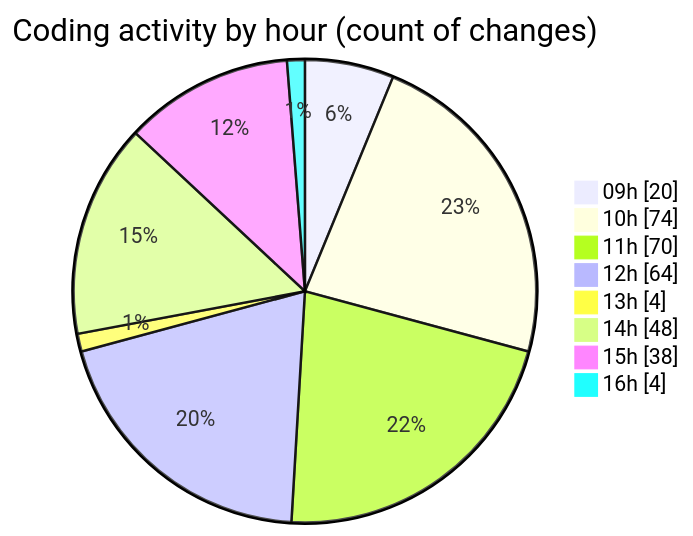
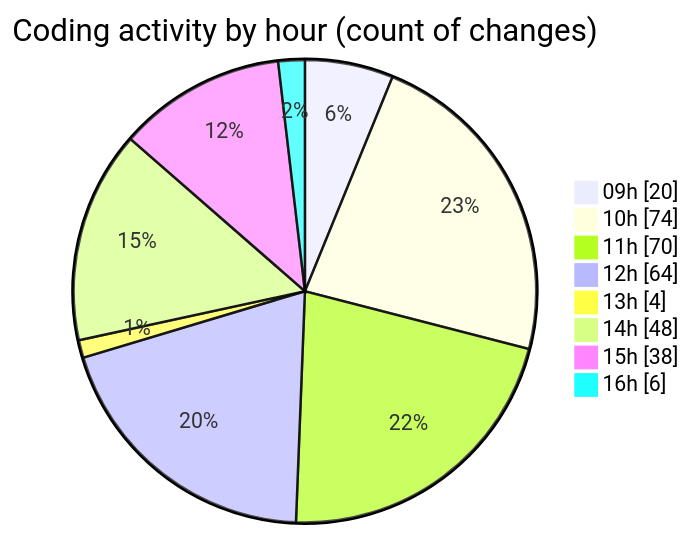
The second of 2 diagrams in 2025-06-06/ecodeli-1/README.md (CELIANVF/code-tracking), drawn with Mermaid before and after one commit. The commit also changed other lines of this file and 1 other file, not shown here.

````diff
--- a/2025-06-06/ecodeli-1/README.md
+++ b/2025-06-06/ecodeli-1/README.md
@@ -112,12 +112,12 @@
 ```mermaid
 pie showData
 title Coding activity by hour (count of changes)
 "09h" : 20
 "10h" : 74
 "11h" : 70
 "12h" : 64
 "13h" : 4
 "14h" : 48
 "15h" : 38
-"16h" : 4
+"16h" : 6
 ```
````
